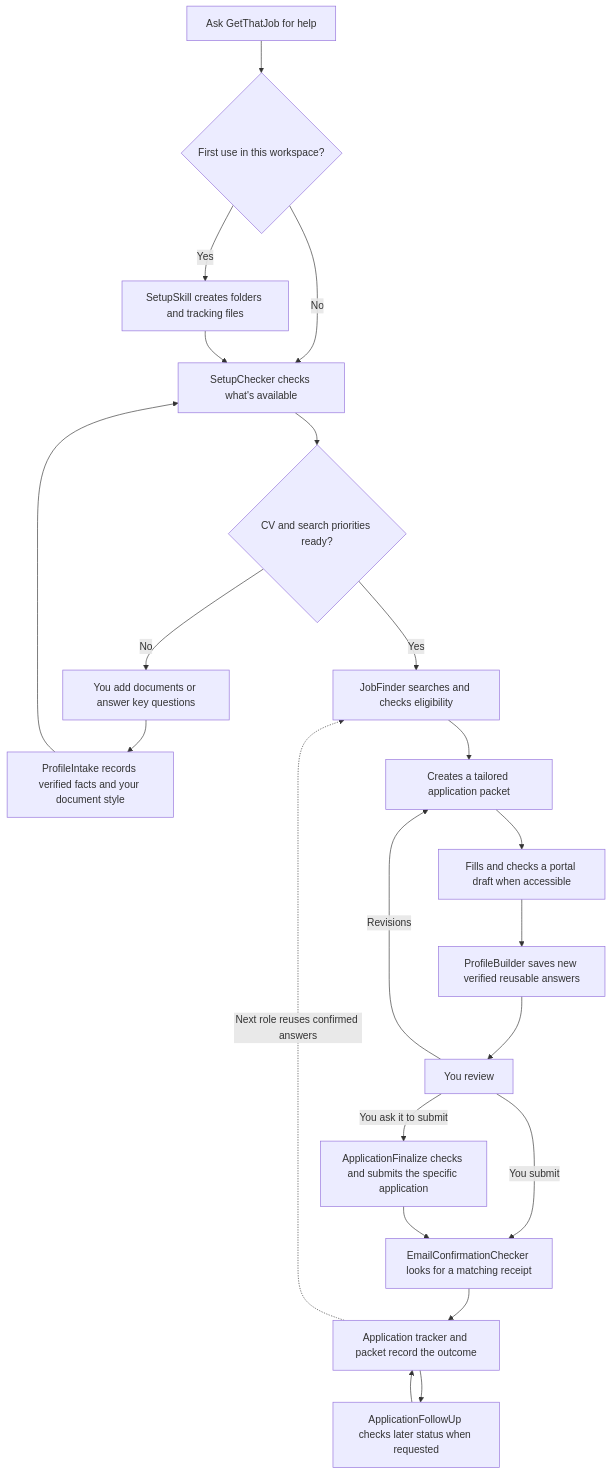
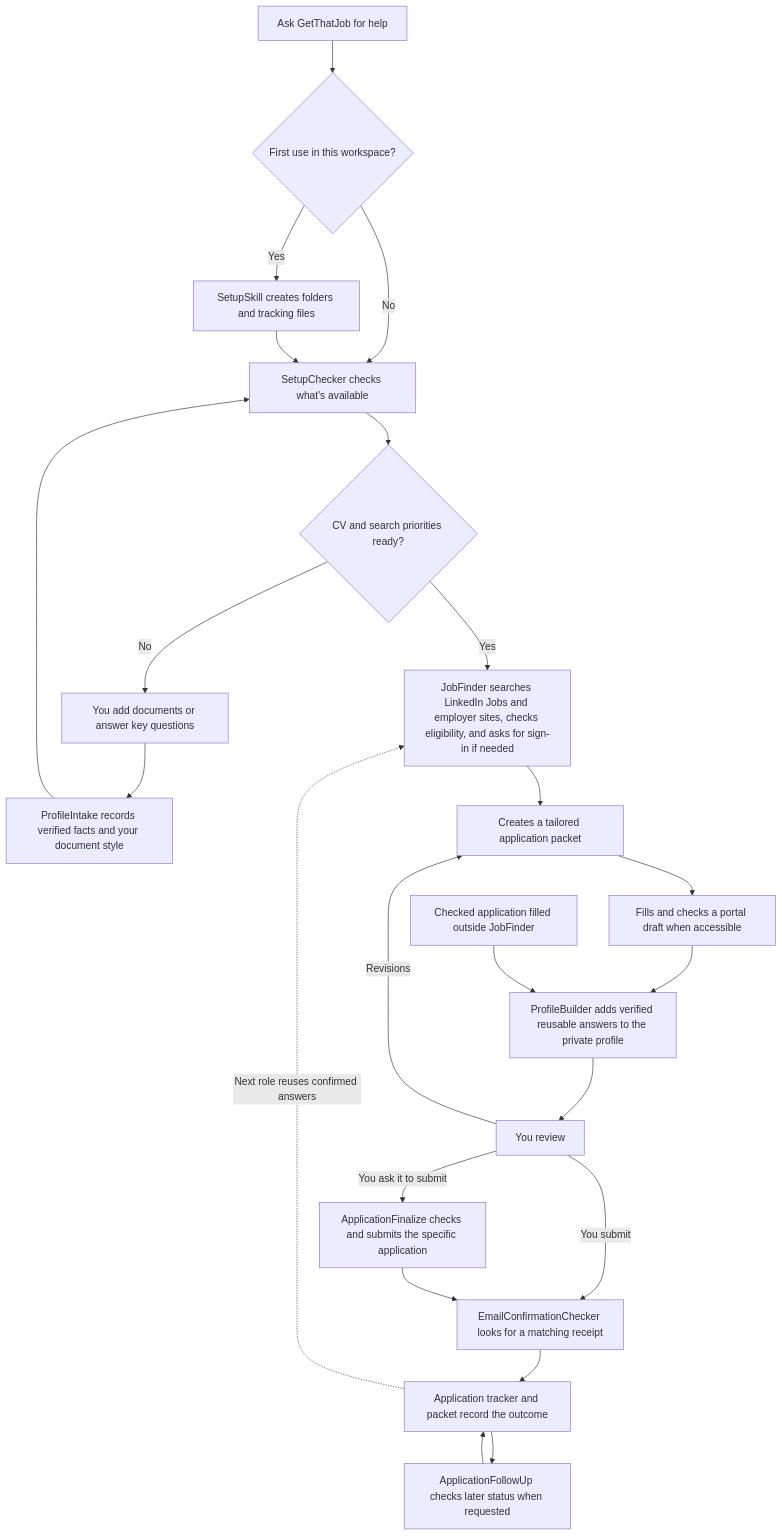
Before and after one commit to YazanMahaini/GetThatJob: the diagram in WORKFLOW.md, drawn with Mermaid. The commit also changed 4 other files, not shown here.

````diff
--- a/WORKFLOW.md
+++ b/WORKFLOW.md
@@ -5,24 +5,25 @@
 ```mermaid
 flowchart TD
     A["Ask GetThatJob for help"] --> B{"First use in this workspace?"}
     B -- Yes --> C["SetupSkill creates folders and tracking files"]
     B -- No --> D["SetupChecker checks what's available"]
     C --> D
     D --> E{"CV and search priorities ready?"}
     E -- No --> F["You add documents or answer key questions"]
     F --> G["ProfileIntake records verified facts and your document style"]
     G --> D
-    E -- Yes --> H["JobFinder searches and checks eligibility"]
+    E -- Yes --> H["JobFinder searches LinkedIn Jobs and employer sites, checks eligibility, and asks for sign-in if needed"]
     H --> I["Creates a tailored application packet"]
     I --> J["Fills and checks a portal draft when accessible"]
-    J --> P["ProfileBuilder saves new verified reusable answers"]
+    J --> P["ProfileBuilder adds verified reusable answers to the private profile"]
+    X["Checked application filled outside JobFinder"] --> P
     P --> K["You review"]
     K -- Revisions --> I
     K -- You submit --> M["EmailConfirmationChecker looks for a matching receipt"]
     K -- You ask it to submit --> L["ApplicationFinalize checks and submits the specific application"]
     L --> M
     M --> N["Application tracker and packet record the outcome"]
     N --> O["ApplicationFollowUp checks later status when requested"]
     O --> N
     N -.->|Next role reuses confirmed answers| H
 ```
````
